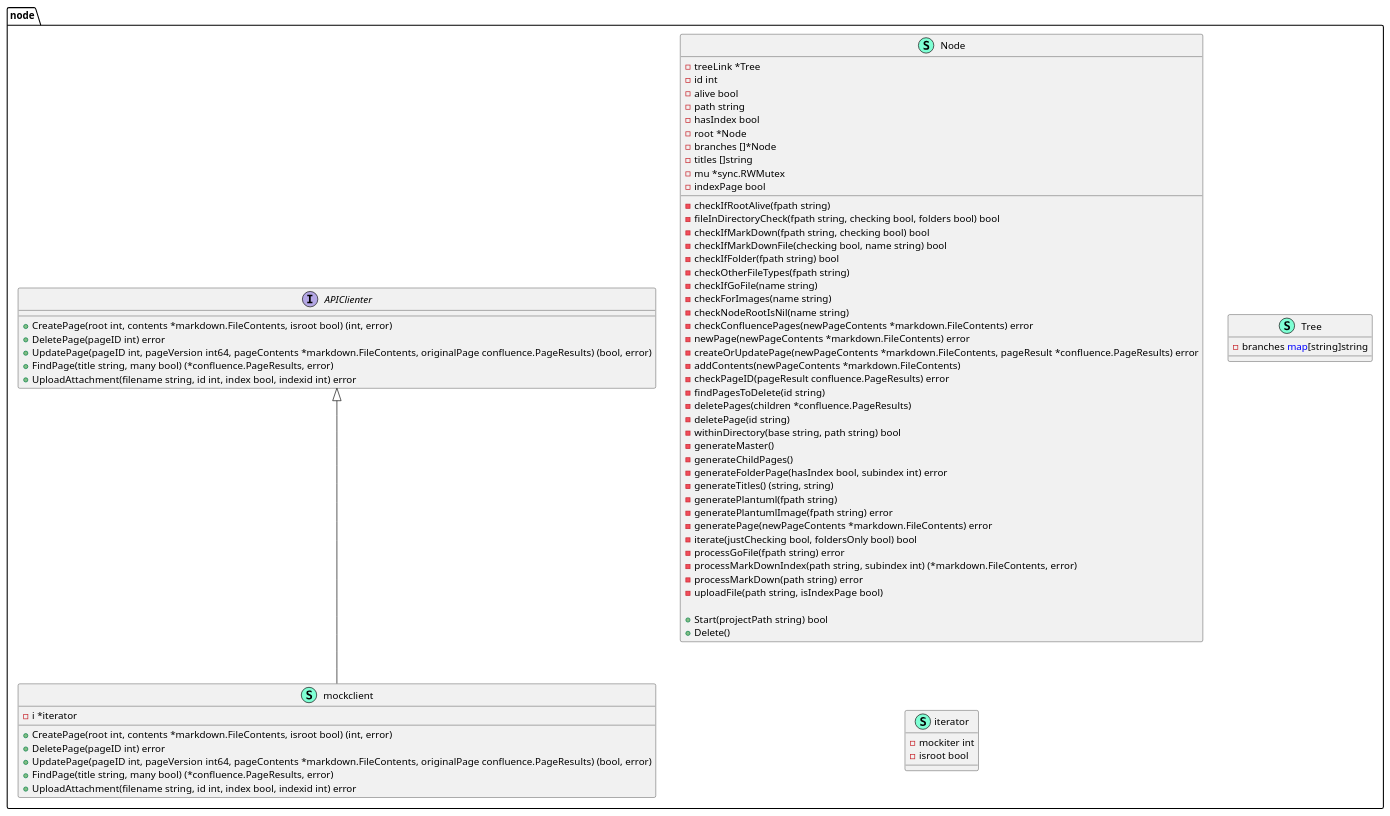
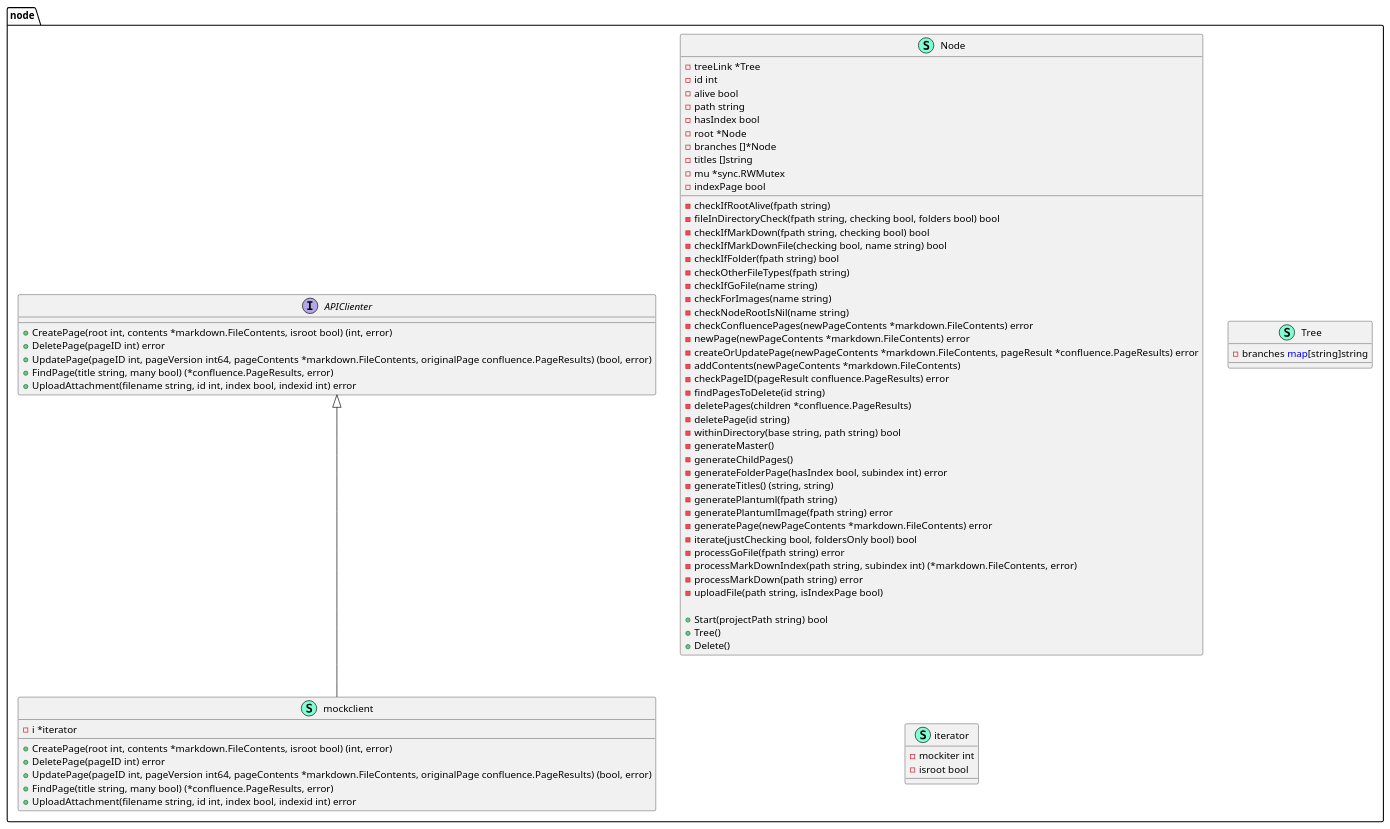
The diagram in node/node-markdown-to-confluence-markdown-to-confluence-pumldiagram.puml (xiatechs/markdown-to-confluence), drawn with PlantUML before and after one commit. The commit also changed 11 other files, not shown here.

```diff
--- a/node/node-markdown-to-confluence-markdown-to-confluence-pumldiagram.puml
+++ b/node/node-markdown-to-confluence-markdown-to-confluence-pumldiagram.puml
@@ -1,81 +1,82 @@
 @startuml
 namespace node {
     interface APIClienter  {
         + CreatePage(root int, contents *markdown.FileContents, isroot bool) (int, error)
         + DeletePage(pageID int) error
         + UpdatePage(pageID int, pageVersion int64, pageContents *markdown.FileContents, originalPage confluence.PageResults) (bool, error)
         + FindPage(title string, many bool) (*confluence.PageResults, error)
         + UploadAttachment(filename string, id int, index bool, indexid int) error
 
     }
     class Node << (S,Aquamarine) >> {
         - treeLink *Tree
         - id int
         - alive bool
         - path string
         - hasIndex bool
         - root *Node
         - branches []*Node
         - titles []string
         - mu *sync.RWMutex
         - indexPage bool
 
         - checkIfRootAlive(fpath string) 
         - fileInDirectoryCheck(fpath string, checking bool, folders bool) bool
         - checkIfMarkDown(fpath string, checking bool) bool
         - checkIfMarkDownFile(checking bool, name string) bool
         - checkIfFolder(fpath string) bool
         - checkOtherFileTypes(fpath string) 
         - checkIfGoFile(name string) 
         - checkForImages(name string) 
         - checkNodeRootIsNil(name string) 
         - checkConfluencePages(newPageContents *markdown.FileContents) error
         - newPage(newPageContents *markdown.FileContents) error
         - createOrUpdatePage(newPageContents *markdown.FileContents, pageResult *confluence.PageResults) error
         - addContents(newPageContents *markdown.FileContents) 
         - checkPageID(pageResult confluence.PageResults) error
         - findPagesToDelete(id string) 
         - deletePages(children *confluence.PageResults) 
         - deletePage(id string) 
         - withinDirectory(base string, path string) bool
         - generateMaster() 
         - generateChildPages() 
         - generateFolderPage(hasIndex bool, subindex int) error
         - generateTitles() (string, string)
         - generatePlantuml(fpath string) 
         - generatePlantumlImage(fpath string) error
         - generatePage(newPageContents *markdown.FileContents) error
         - iterate(justChecking bool, foldersOnly bool) bool
         - processGoFile(fpath string) error
         - processMarkDownIndex(path string, subindex int) (*markdown.FileContents, error)
         - processMarkDown(path string) error
         - uploadFile(path string, isIndexPage bool) 
 
         + Start(projectPath string) bool
+        + Tree() 
         + Delete() 
 
     }
     class Tree << (S,Aquamarine) >> {
         - branches <font color=blue>map</font>[string]string
 
     }
     class iterator << (S,Aquamarine) >> {
         - mockiter int
         - isroot bool
 
     }
     class mockclient << (S,Aquamarine) >> {
         - i *iterator
 
         + CreatePage(root int, contents *markdown.FileContents, isroot bool) (int, error)
         + DeletePage(pageID int) error
         + UpdatePage(pageID int, pageVersion int64, pageContents *markdown.FileContents, originalPage confluence.PageResults) (bool, error)
         + FindPage(title string, many bool) (*confluence.PageResults, error)
         + UploadAttachment(filename string, id int, index bool, indexid int) error
 
     }
 }
 
 "node.APIClienter" <|-- "node.mockclient"
 
 @enduml
```
